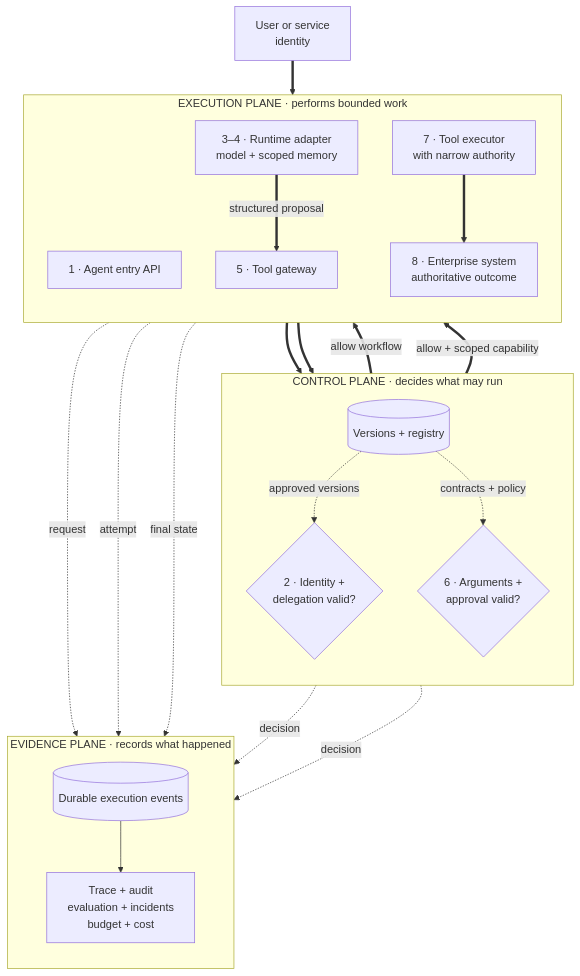
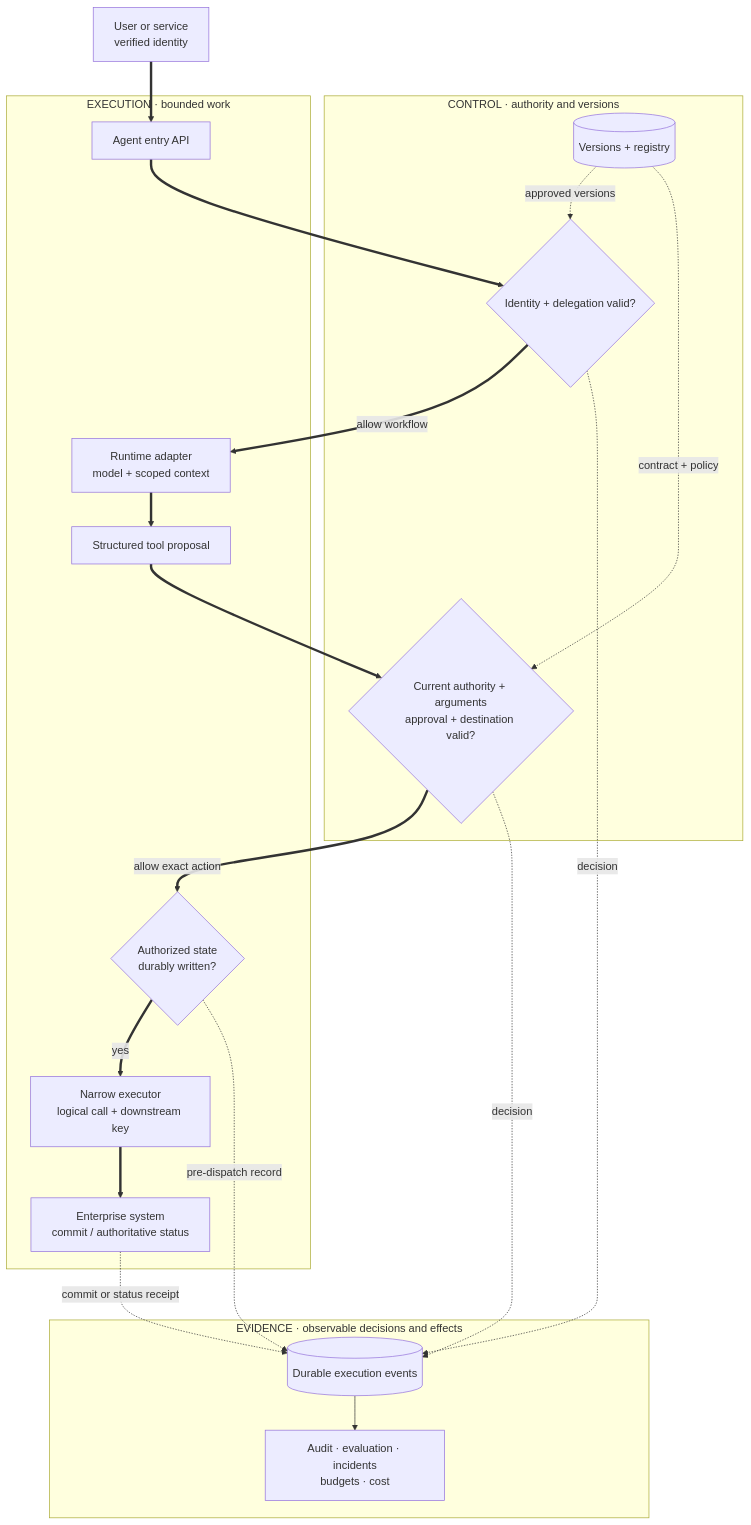
The diagram in src/content/posts/2026-08-29-design-enterprise-agent-platform.md (mlmentorship/mlmentorship.github.io), drawn with Mermaid before and after one commit. The commit also changed other lines of this file and 258 other files, not shown here.

````diff
--- a/src/content/posts/2026-08-29-design-enterprise-agent-platform.md
+++ b/src/content/posts/2026-08-29-design-enterprise-agent-platform.md
@@ -182,47 +55,40 @@
 ```mermaid
 flowchart TB
-  accTitle: Control, execution, and evidence planes for an enterprise agent action
-  accDescr: A user or service request enters an execution runtime only after the control plane checks identity and delegation. The runtime may call a model and scoped memory, but a structured tool proposal must return to the control plane for argument policy and approval. Only then does a tool executor receive narrow authority to affect an enterprise system. The entry decision, action decision, dispatch attempt, and authoritative outcome emit durable events to the evidence plane for audit, evaluation, and cost analysis.
-  User["User or service<br/>identity"]
-  subgraph Control["CONTROL PLANE · decides what may run"]
-	direction TB
+  accTitle: Control authorizes, execution performs, and evidence records an enterprise action
+  accDescr: An authenticated request enters a bounded runtime under explicit delegation. The runtime proposes structured tool arguments but receives no general action credential. Policy checks current authority, arguments and approval. Consequential dispatch waits for durable authorized state. A narrow executor invokes the enterprise system, whose commit or status lookup provides authoritative completion evidence. A lost response remains unknown until reconciliation. Evidence records decisions and effects but cannot itself authorize an action.
+  User["User or service<br/>verified identity"]
+  subgraph Control["CONTROL · authority and versions"]
     Registry[("Versions + registry")]
-    Admission{"2 · Identity +<br/>delegation valid?"}
-    Policy{"6 · Arguments +<br/>approval valid?"}
+    Admission{"Identity + delegation valid?"}
+    Policy{"Current authority + arguments<br/>approval + destination valid?"}
   end
-  subgraph Execution["EXECUTION PLANE · performs bounded work"]
-	direction TB
-    Entry["1 · Agent entry API"]
-    Runtime["3–4 · Runtime adapter<br/>model + scoped memory"]
-    Gateway["5 · Tool gateway"]
-    Executor["7 · Tool executor<br/>with narrow authority"]
-    Systems["8 · Enterprise system<br/>authoritative outcome"]
+  subgraph Execution["EXECUTION · bounded work"]
+    Entry["Agent entry API"]
+    Runtime["Runtime adapter<br/>model + scoped context"]
+    Gateway["Structured tool proposal"]
+    Durable{"Authorized state<br/>durably written?"}
+    Executor["Narrow executor<br/>logical call + downstream key"]
+    Systems["Enterprise system<br/>commit / authoritative status"]
   end
-  subgraph Evidence["EVIDENCE PLANE · records what happened"]
-	direction TB
+  subgraph Evidence["EVIDENCE · observable decisions and effects"]
     Events[("Durable execution events")]
-    Uses["Trace + audit<br/>evaluation + incidents<br/>budget + cost"]
+    Uses["Audit · evaluation · incidents<br/>budgets · cost"]
     Events --> Uses
   end
-  User ==> Entry
-  Entry ==> Admission
+  User ==> Entry ==> Admission
   Admission ==>|"allow workflow"| Runtime
-  Runtime ==>|"structured proposal"| Gateway
-  Gateway ==> Policy
-  Policy ==>|"allow + scoped capability"| Executor
-  Executor ==> Systems
+  Runtime ==> Gateway ==> Policy
+  Policy ==>|"allow exact action"| Durable
+  Durable ==>|"yes"| Executor ==> Systems
   Registry -. "approved versions" .-> Admission
-  Registry -. "contracts + policy" .-> Policy
+  Registry -. "contract + policy" .-> Policy
   Admission -. "decision" .-> Events
-  Gateway -. "request" .-> Events
   Policy -. "decision" .-> Events
-  Executor -. "attempt" .-> Events
-  Systems -. "final state" .-> Events
+  Durable -. "pre-dispatch record" .-> Events
+  Systems -. "commit or status receipt" .-> Events
   class User,Entry viz-input
-  class Admission,Policy,Gateway viz-focus
+  class Admission,Policy,Gateway,Durable viz-focus
   class Registry,Events viz-state
   class Runtime,Executor viz-neutral
   class Systems,Uses viz-output
-  class User viz-wide
-  class User viz-tall
 ```
````
